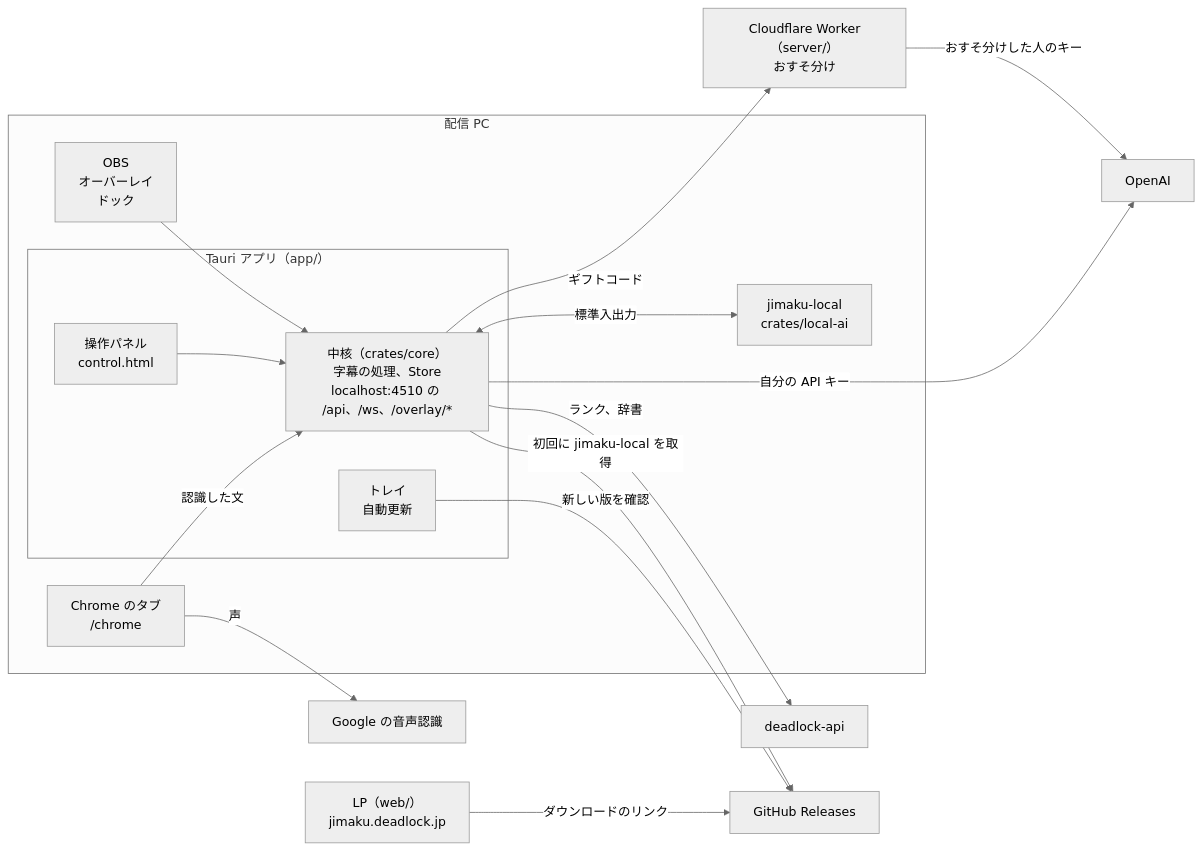
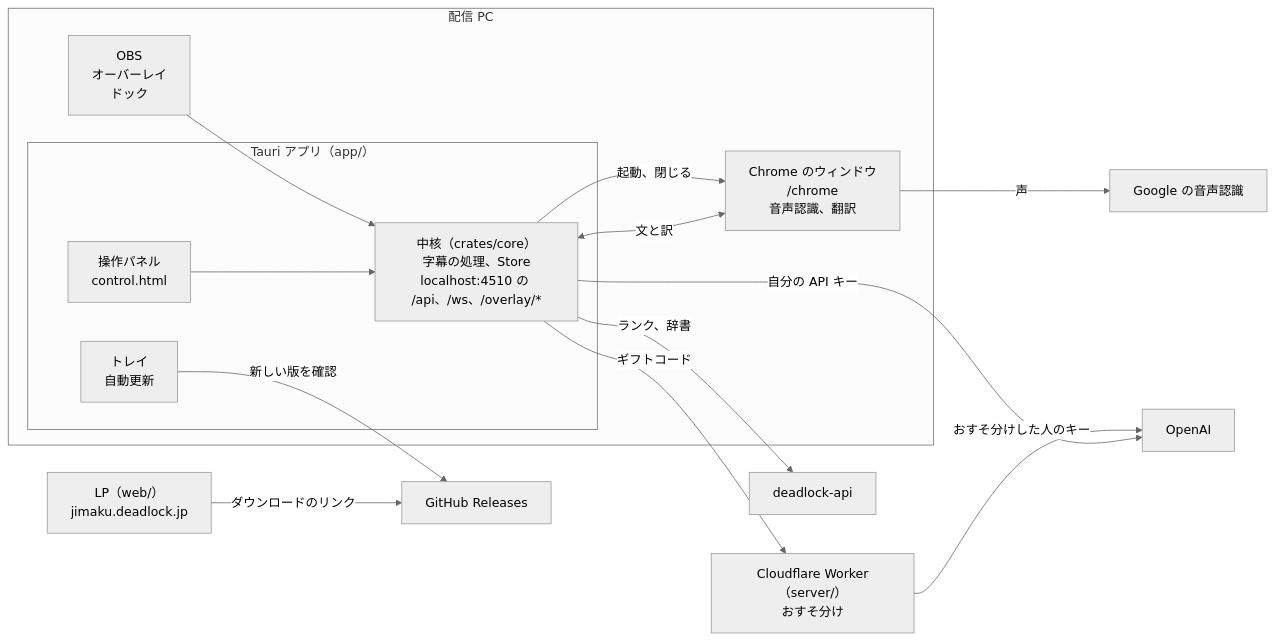
The first of 4 diagrams in README.md (Chiji1108/deadlock-jimaku), drawn with Mermaid (neutral theme) before and after one commit. The commit also changed other lines of this file and 55 other files, not shown here.

First line of the commit message:
Chrome の音声認識と翻訳に揃え、ふりがなと辞書の一致を core に組み込む

````diff
--- a/README.md
+++ b/README.md
@@ -33,32 +48,30 @@
 ```mermaid
 flowchart LR
   subgraph pc["配信 PC"]
     obs["OBS<br/>オーバーレイ<br/>ドック"]
     subgraph app["Tauri アプリ（app/）"]
       panel["操作パネル<br/>control.html"]
       core["中核（crates/core）<br/>字幕の処理、Store<br/>localhost:4510 の /api、/ws、/overlay/*"]
       shell["トレイ<br/>自動更新"]
     end
-    helper["jimaku-local<br/>crates/local-ai"]
-    tab["Chrome のタブ<br/>/chrome"]
+    tab["Chrome のウィンドウ<br/>/chrome<br/>音声認識、翻訳"]
   end
   worker["Cloudflare Worker（server/）<br/>おすそ分け"]
   openai["OpenAI"]
   google["Google の音声認識"]
   deadlockapi["deadlock-api"]
   releases["GitHub Releases"]
   lp["LP（web/）<br/>jimaku.deadlock.jp"]
 
   obs --> core
   panel --> core
-  core <-- "標準入出力" --> helper
-  tab -- "認識した文" --> core
+  tab <-- "文と訳" --> core
+  core -- "起動、閉じる" --> tab
   tab -- "声" --> google
   core -- "ギフトコード" --> worker
   worker -- "おすそ分けした人のキー" --> openai
   core -- "自分の API キー" --> openai
   core -- "ランク、辞書" --> deadlockapi
-  core -- "初回に jimaku-local を取得" --> releases
   shell -- "新しい版を確認" --> releases
   lp -- "ダウンロードのリンク" --> releases
 ```
````
